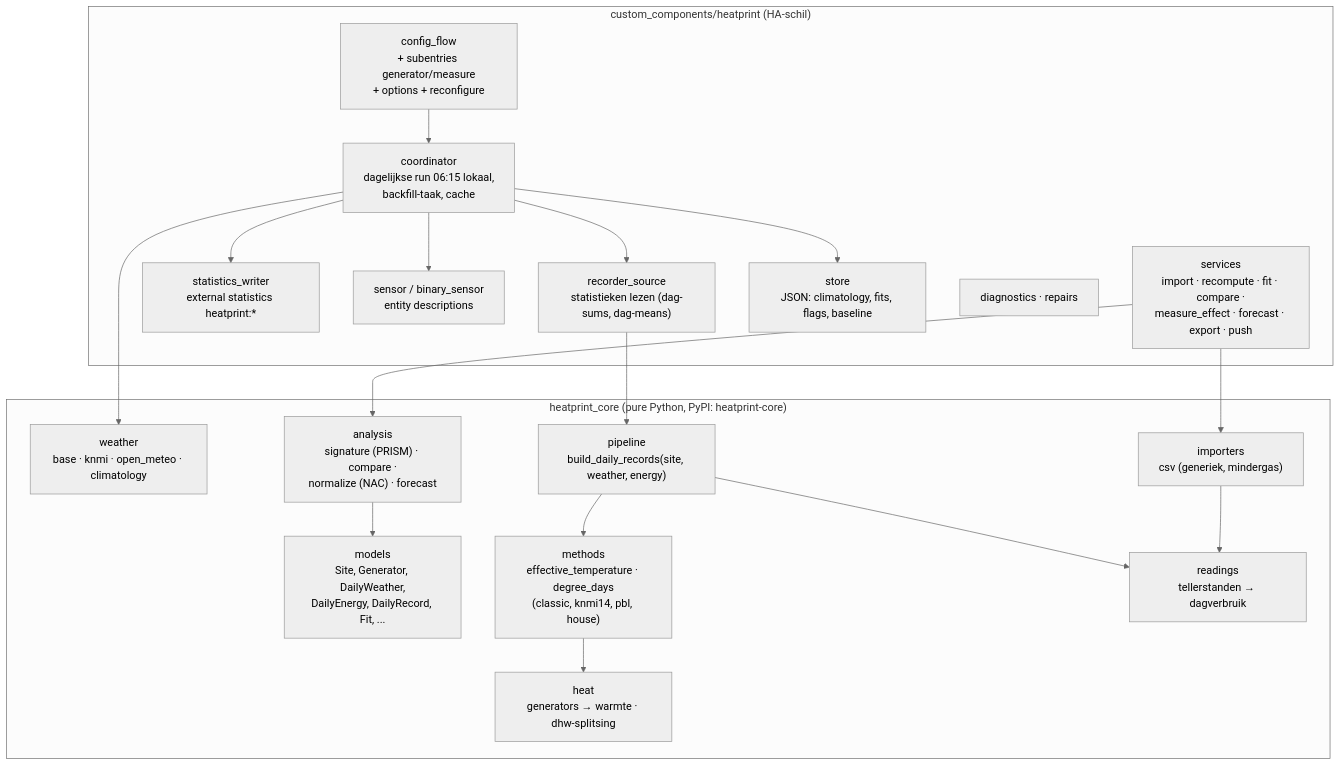
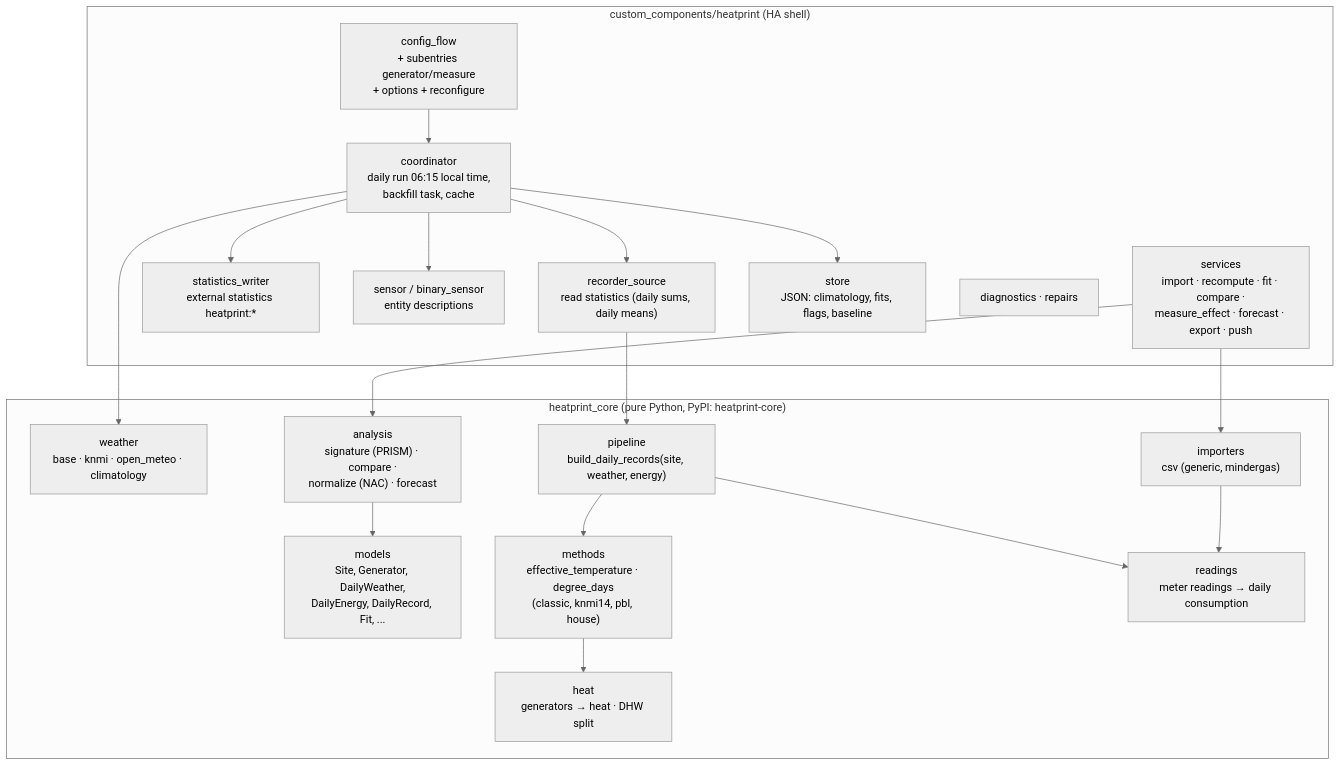
Before and after one commit to nicohabets/heatprint: the second of 3 diagrams in docs/ARCHITECTURE.md, drawn with Mermaid (neutral theme). The commit also changed other lines of this file and 20 other files, not shown here.

````diff
--- a/docs/ARCHITECTURE.md
+++ b/docs/ARCHITECTURE.md
@@ -52,36 +53,36 @@
 ```mermaid
 flowchart TB
     subgraph core["heatprint_core (pure Python, PyPI: heatprint-core)"]
         M["models<br/>Site, Generator, DailyWeather,<br/>DailyEnergy, DailyRecord, Fit, ..."]
         W["weather<br/>base · knmi · open_meteo · climatology"]
         E["methods<br/>effective_temperature · degree_days<br/>(classic, knmi14, pbl, house)"]
-        H["heat<br/>generators → warmte · dhw-splitsing"]
-        R["readings<br/>tellerstanden → dagverbruik"]
+        H["heat<br/>generators → heat · DHW split"]
+        R["readings<br/>meter readings → daily consumption"]
         A["analysis<br/>signature (PRISM) · compare ·<br/>normalize (NAC) · forecast"]
-        I["importers<br/>csv (generiek, mindergas)"]
+        I["importers<br/>csv (generic, mindergas)"]
         P["pipeline<br/>build_daily_records(site, weather, energy)"]
     end
 
-    subgraph ha["custom_components/heatprint (HA-schil)"]
+    subgraph ha["custom_components/heatprint (HA shell)"]
         CF["config_flow<br/>+ subentries generator/measure<br/>+ options + reconfigure"]
-        CO["coordinator<br/>dagelijkse run 06:15 lokaal,<br/>backfill-taak, cache"]
-        RS["recorder_source<br/>statistieken lezen (dag-sums, dag-means)"]
+        CO["coordinator<br/>daily run 06:15 local time,<br/>backfill task, cache"]
+        RS["recorder_source<br/>read statistics (daily sums, daily means)"]
         ST["statistics_writer<br/>external statistics heatprint:*"]
         SE["sensor / binary_sensor<br/>entity descriptions"]
         SV["services<br/>import · recompute · fit · compare ·<br/>measure_effect · forecast · export · push"]
         SR["store<br/>JSON: climatology, fits, flags, baseline"]
         DG["diagnostics · repairs"]
     end
 
     CF --> CO
     CO --> RS --> P
     CO --> W
     P --> E --> H
     P --> R
     CO --> ST
     CO --> SE
     SV --> A
     SV --> I --> R
     CO --> SR
     A --> M
 ```
````
